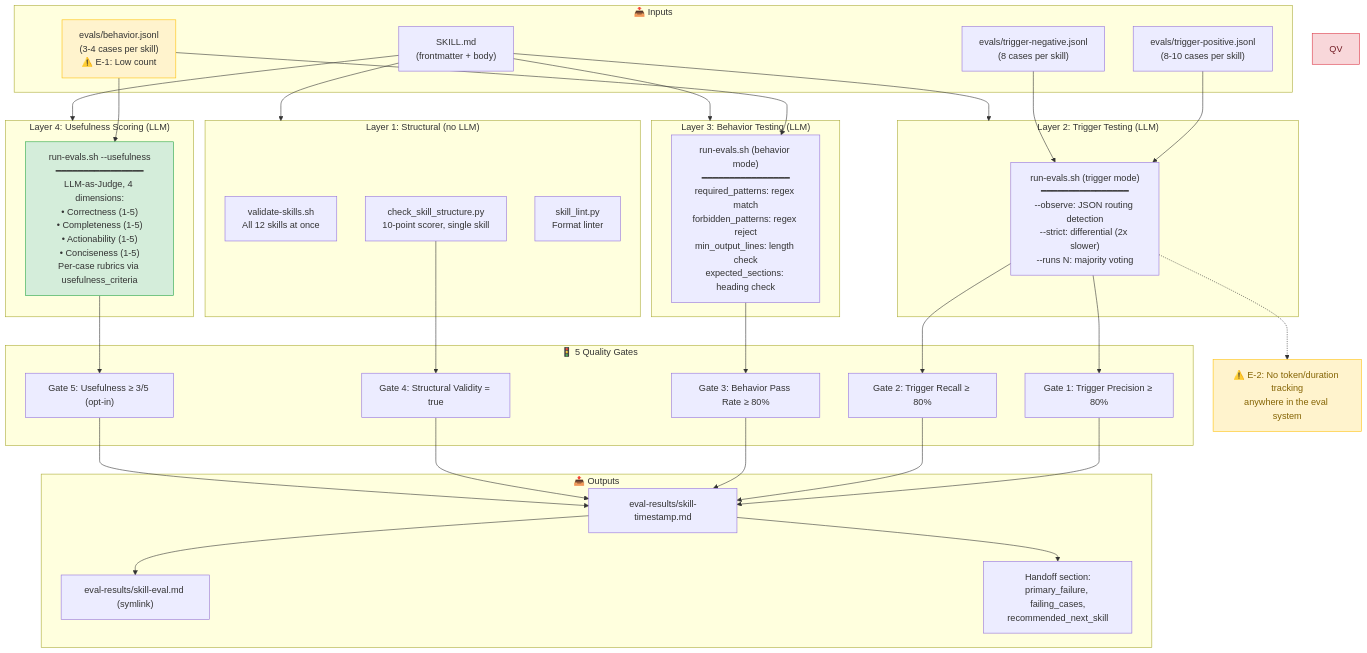
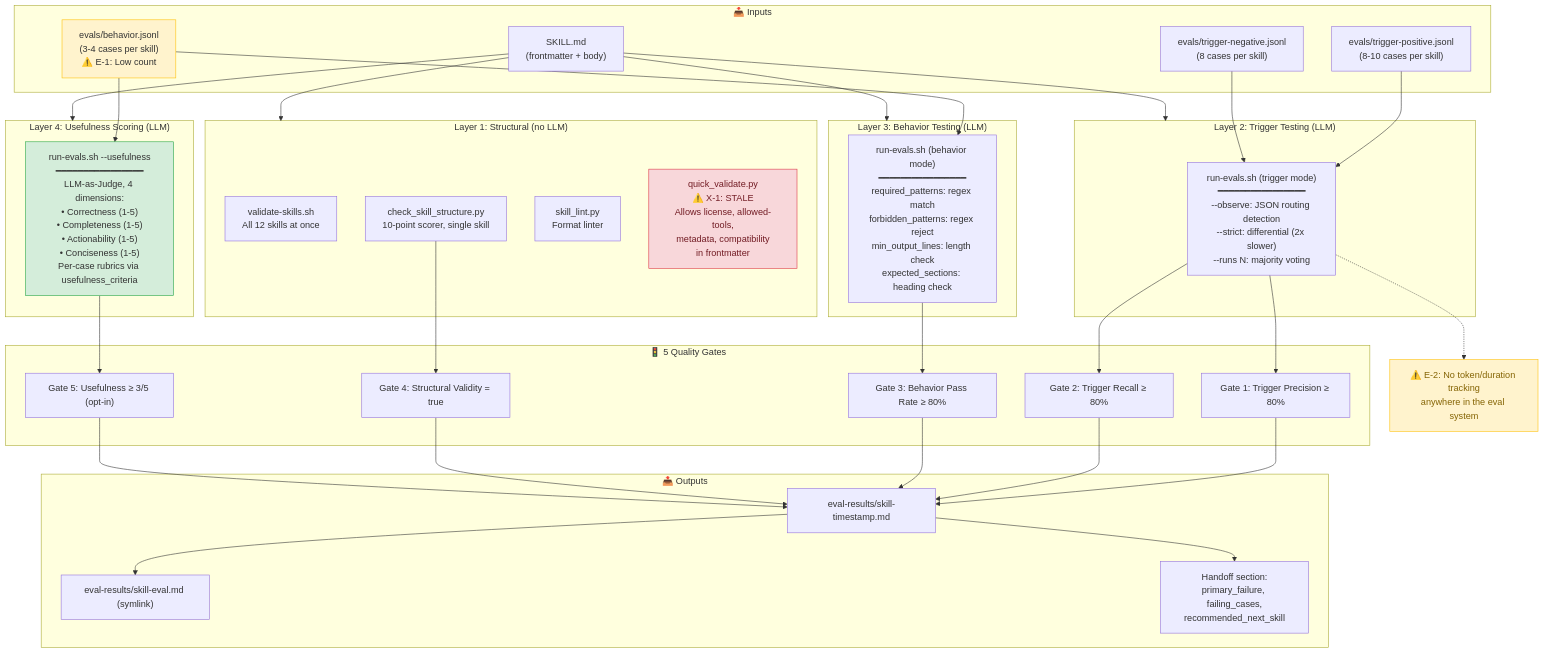
Before and after one commit to chelch5/Meta-Skill-Engineering: the fifth of 12 diagrams in docs/architecture-diagrams.md, drawn with Mermaid. The commit also changed other lines of this file and 6777 other files, not shown here.

````diff
--- a/docs/architecture-diagrams.md
+++ b/docs/architecture-diagrams.md
@@ -313,73 +373,74 @@
 ```mermaid
 flowchart TB
     subgraph inputs["📥 Inputs"]
         SKILL["SKILL.md<br/>(frontmatter + body)"]
         TP["evals/trigger-positive.jsonl<br/>(8-10 cases per skill)"]
         TN["evals/trigger-negative.jsonl<br/>(8 cases per skill)"]
         BJ["evals/behavior.jsonl<br/>(3-4 cases per skill)<br/>⚠️ E-1: Low count"]
     end
 
     subgraph structural["Layer 1: Structural (no LLM)"]
         VS["validate-skills.sh<br/>All 12 skills at once"]
         CSS["check_skill_structure.py<br/>10-point scorer, single skill"]
         SL["skill_lint.py<br/>Format linter"]
+        QV["quick_validate.py<br/>⚠️ X-1: STALE<br/>Allows license, allowed-tools,<br/>metadata, compatibility<br/>in frontmatter"]
     end
 
     subgraph trigger["Layer 2: Trigger Testing (LLM)"]
         RE_T["run-evals.sh (trigger mode)<br/>━━━━━━━━━━━━━━━━<br/>--observe: JSON routing detection<br/>--strict: differential (2x slower)<br/>--runs N: majority voting"]
     end
 
     subgraph behavior["Layer 3: Behavior Testing (LLM)"]
         RE_B["run-evals.sh (behavior mode)<br/>━━━━━━━━━━━━━━━━<br/>required_patterns: regex match<br/>forbidden_patterns: regex reject<br/>min_output_lines: length check<br/>expected_sections: heading check"]
     end
 
     subgraph usefulness["Layer 4: Usefulness Scoring (LLM)"]
         RE_U["run-evals.sh --usefulness<br/>━━━━━━━━━━━━━━━━<br/>LLM-as-Judge, 4 dimensions:<br/>• Correctness (1-5)<br/>• Completeness (1-5)<br/>• Actionability (1-5)<br/>• Conciseness (1-5)<br/>Per-case rubrics via usefulness_criteria"]
     end
 
     subgraph gates["🚦 5 Quality Gates"]
         G1["Gate 1: Trigger Precision ≥ 80%"]
         G2["Gate 2: Trigger Recall ≥ 80%"]
         G3["Gate 3: Behavior Pass Rate ≥ 80%"]
         G4["Gate 4: Structural Validity = true"]
         G5["Gate 5: Usefulness ≥ 3/5 (opt-in)"]
     end
 
     subgraph outputs["📤 Outputs"]
         REPORT["eval-results/skill-timestamp.md"]
         LINK["eval-results/skill-eval.md (symlink)"]
         HANDOFF["Handoff section:<br/>primary_failure, failing_cases,<br/>recommended_next_skill"]
     end
 
     SKILL --> structural
     SKILL --> trigger
     SKILL --> behavior
     SKILL --> usefulness
 
     TP --> RE_T
     TN --> RE_T
     BJ --> RE_B
     BJ --> RE_U
 
     RE_T --> G1
     RE_T --> G2
     RE_B --> G3
     CSS --> G4
     RE_U --> G5
 
     G1 --> REPORT
     G2 --> REPORT
     G3 --> REPORT
     G4 --> REPORT
     G5 --> REPORT
     REPORT --> LINK
     REPORT --> HANDOFF
 
     style QV fill:#f8d7da,stroke:#dc3545,color:#721c24
     style BJ fill:#fff3cd,stroke:#ffc107
     style RE_U fill:#d4edda,stroke:#28a745
 
     ISSUE_E2["⚠️ E-2: No token/duration tracking<br/>anywhere in the eval system"]
     RE_T -.-> ISSUE_E2
     style ISSUE_E2 fill:#fff3cd,stroke:#ffc107,color:#856404
 ```
````
